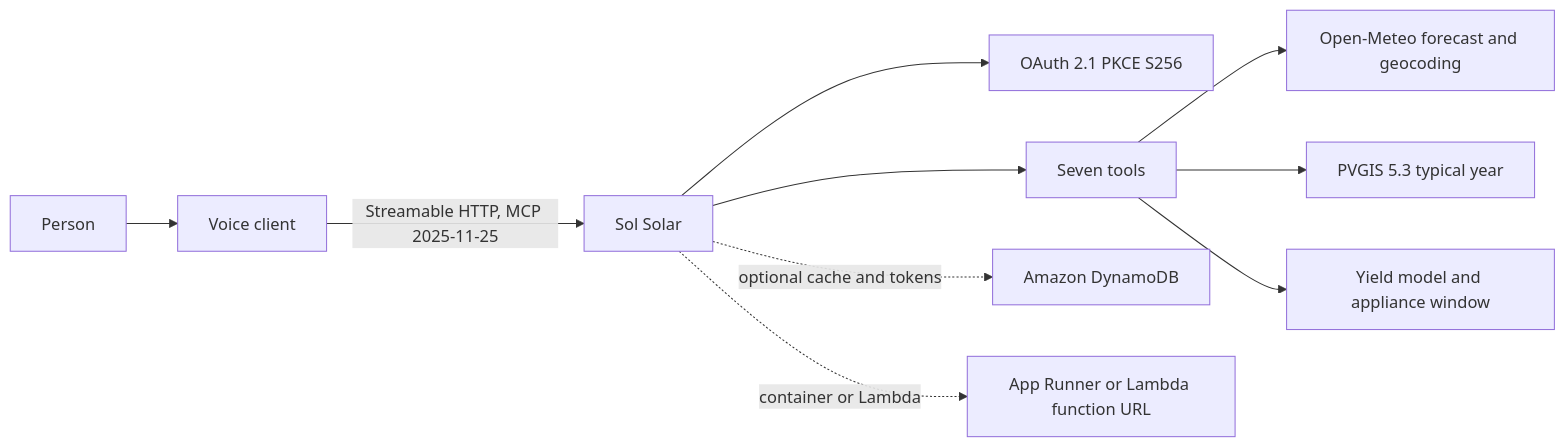
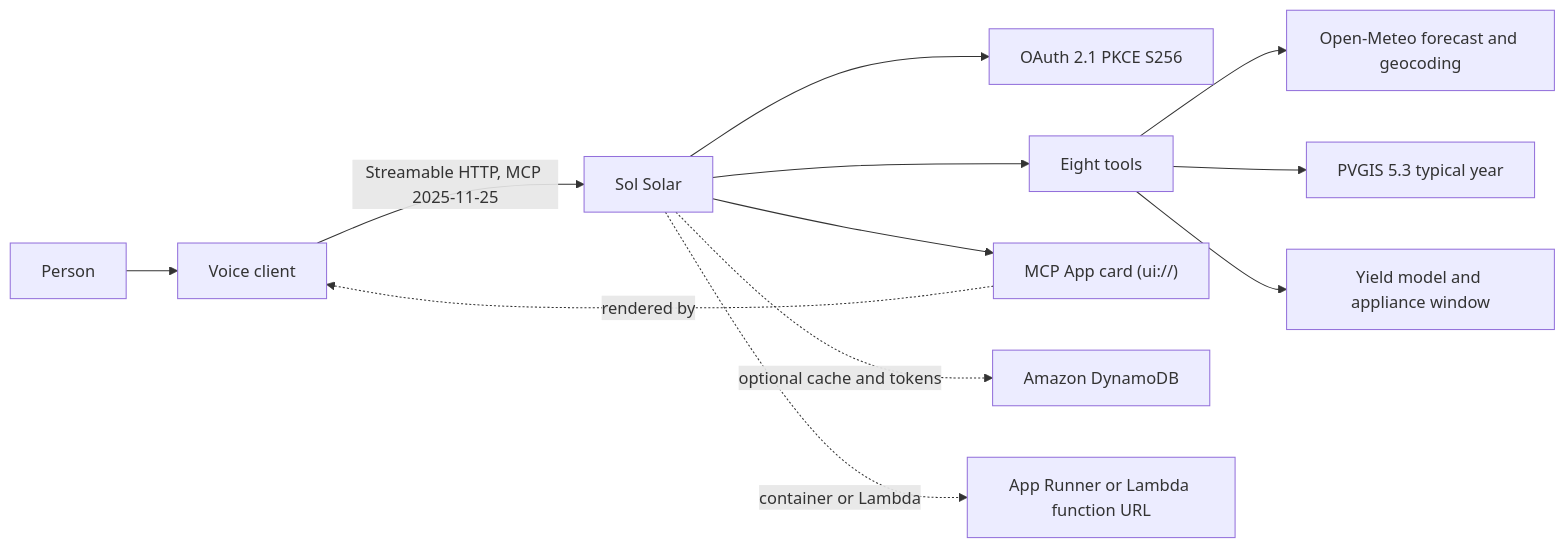
One commit to Solar-DePIN-Hub/sol-solar-mcp changed the diagram in README.md. Above: the diagram before and after it, drawn with Mermaid. The commit also changed other lines of this file and 12 other files, not shown here.

Commit message:
MCP App card, household memory across sessions, browser voice in/out (v1.1.0)

````diff
--- a/README.md
+++ b/README.md
@@ -37,12 +46,14 @@
 ```mermaid
 flowchart LR
   person[Person] --> client[Voice client]
   client -->|"Streamable HTTP, MCP 2025-11-25"| mcp[Sol Solar]
   mcp --> auth[OAuth 2.1 PKCE S256]
-  mcp --> tools[Seven tools]
+  mcp --> tools[Eight tools]
+  mcp --> card["MCP App card (ui://)"]
+  card -. rendered by .-> client
   tools --> meteo[Open-Meteo forecast and geocoding]
   tools --> pvgis[PVGIS 5.3 typical year]
   tools --> model[Yield model and appliance window]
   mcp -. optional cache and tokens .-> dynamo[Amazon DynamoDB]
   mcp -. container or Lambda .-> aws[App Runner or Lambda function URL]
 ```
````
